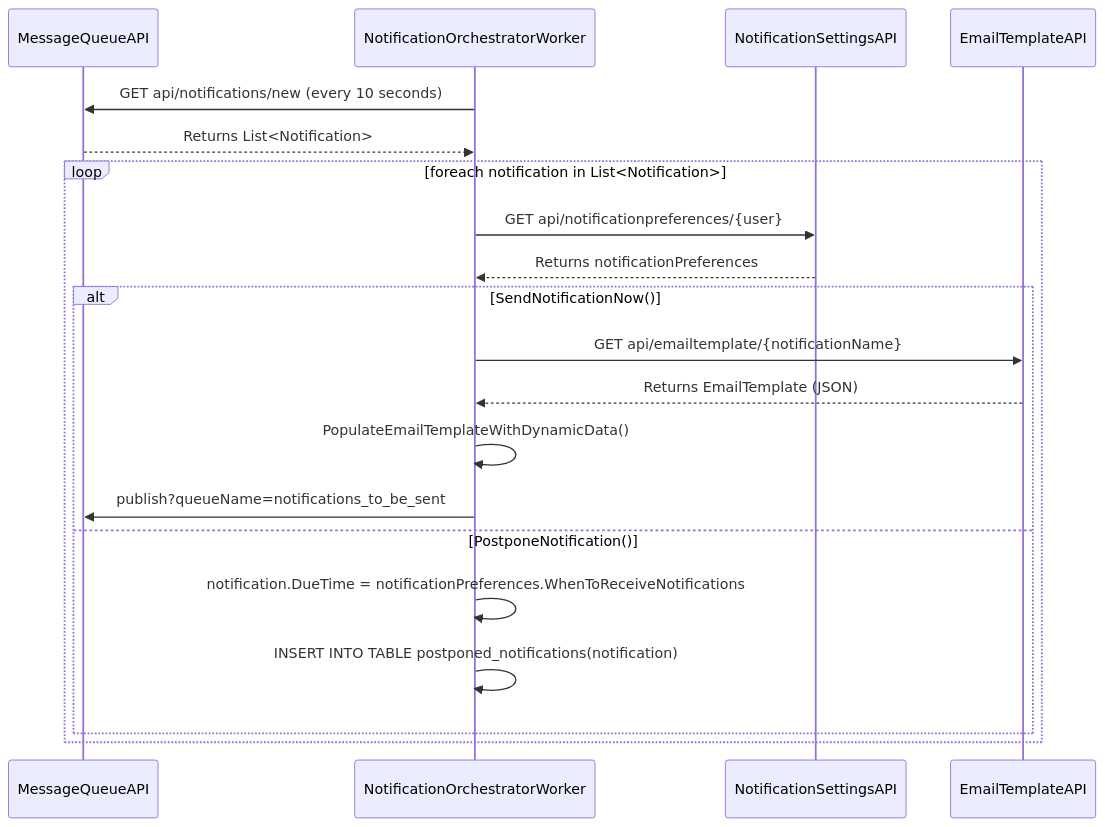
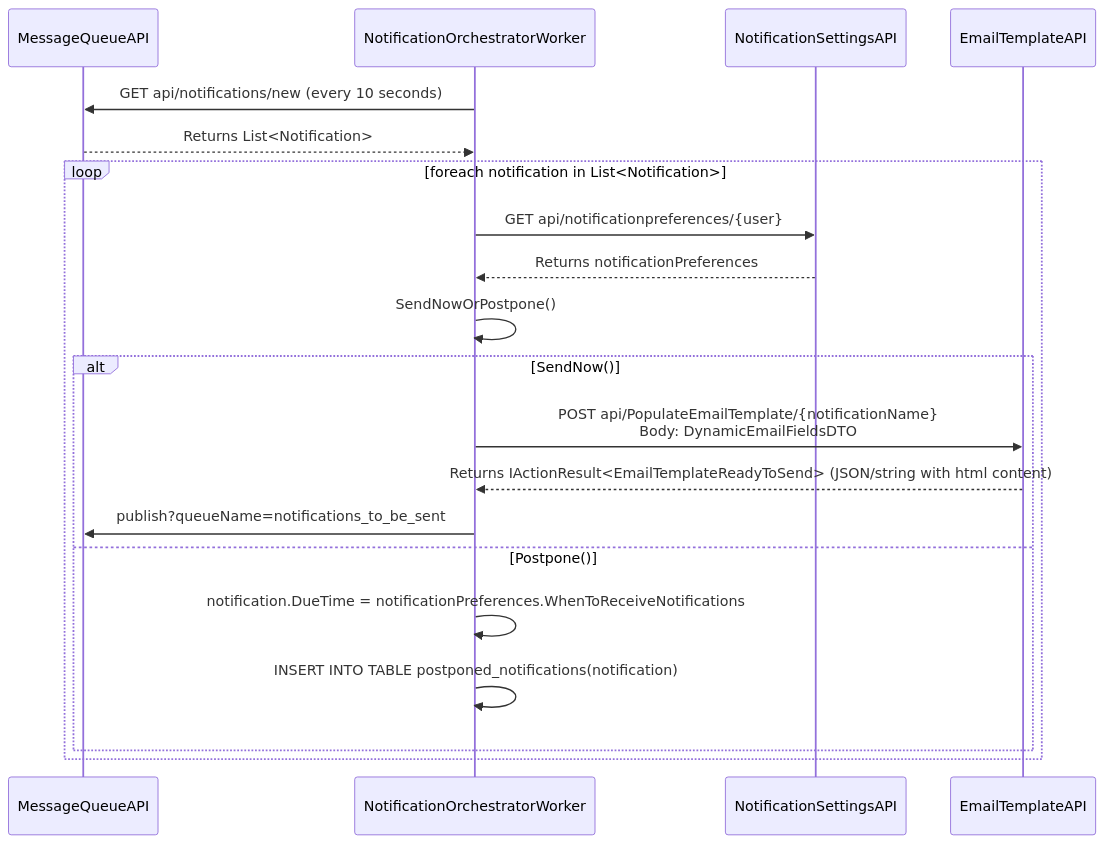
Before and after one commit to rasmusulriksen/BachelorsProject: the second of 4 diagrams in Diagrams/SequenceDiagrams.md, drawn with Mermaid. The commit also changed 12 other files, not shown here.

Commit message:
Added EmailTemplateAPI boilerplate

````diff
--- a/Diagrams/SequenceDiagrams.md
+++ b/Diagrams/SequenceDiagrams.md
@@ -37,23 +37,23 @@
 ```mermaid
 sequenceDiagram
     participant MessageQueueAPI
     participant NotificationOrchestratorWorker
     participant NotificationSettingsAPI
     participant EmailTemplateAPI
 
     NotificationOrchestratorWorker->>MessageQueueAPI: GET api/notifications/new (every 10 seconds)
     MessageQueueAPI-->>NotificationOrchestratorWorker: Returns List<Notification>
     loop foreach notification in List<Notification>
         NotificationOrchestratorWorker->>NotificationSettingsAPI: GET api/notificationpreferences/{user}
         NotificationSettingsAPI-->>NotificationOrchestratorWorker: Returns notificationPreferences
-        alt SendNotificationNow()
-            NotificationOrchestratorWorker->>EmailTemplateAPI: GET api/emailtemplate/{notificationName}
-            EmailTemplateAPI-->>NotificationOrchestratorWorker: Returns EmailTemplate (JSON)
-            NotificationOrchestratorWorker->>NotificationOrchestratorWorker: PopulateEmailTemplateWithDynamicData()
+        NotificationOrchestratorWorker->>NotificationOrchestratorWorker: SendNowOrPostpone()
+        alt SendNow()
+            NotificationOrchestratorWorker->>EmailTemplateAPI: POST api/PopulateEmailTemplate/{notificationName} <br> Body: DynamicEmailFieldsDTO
+            EmailTemplateAPI-->>NotificationOrchestratorWorker: Returns IActionResult<EmailTemplateReadyToSend> (JSON/string with html content)
             NotificationOrchestratorWorker->>MessageQueueAPI: publish?queueName=notifications_to_be_sent
-        else PostponeNotification()
+        else Postpone()
             NotificationOrchestratorWorker->>NotificationOrchestratorWorker: notification.DueTime = notificationPreferences.WhenToReceiveNotifications
             NotificationOrchestratorWorker->>NotificationOrchestratorWorker: INSERT INTO TABLE postponed_notifications(notification)
         end 
     end
 ```
````
